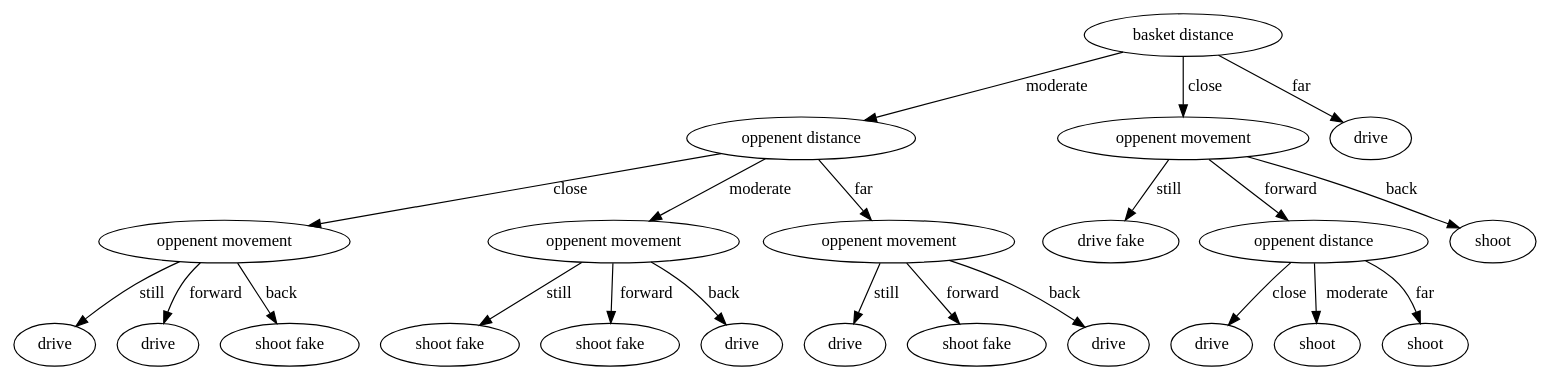
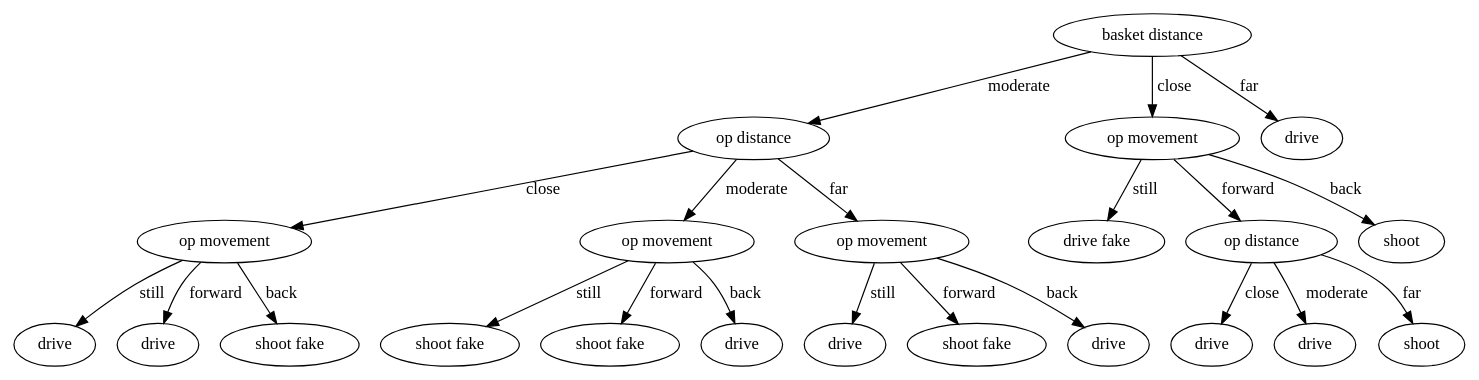
One commit to DreamAndDead/decision-trees-example changed the diagram in tree.gv. Above: the diagram before and after it, drawn with Graphviz. The commit also changed 8 other files, not shown here.

```diff
--- a/tree.gv
+++ b/tree.gv
@@ -1,45 +1,45 @@
 digraph tree {
 	0 [label="basket distance"]
-	1 [label="oppenent distance"]
-	2 [label="oppenent movement"]
+	1 [label="op distance"]
+	2 [label="op movement"]
 	3 [label=drive]
 	2 -> 3 [label=still]
 	4 [label=drive]
 	2 -> 4 [label=forward]
 	5 [label="shoot fake"]
 	2 -> 5 [label=back]
 	1 -> 2 [label=close]
-	6 [label="oppenent movement"]
+	6 [label="op movement"]
 	7 [label="shoot fake"]
 	6 -> 7 [label=still]
 	8 [label="shoot fake"]
 	6 -> 8 [label=forward]
 	9 [label=drive]
 	6 -> 9 [label=back]
 	1 -> 6 [label=moderate]
-	10 [label="oppenent movement"]
+	10 [label="op movement"]
 	11 [label=drive]
 	10 -> 11 [label=still]
 	12 [label="shoot fake"]
 	10 -> 12 [label=forward]
 	13 [label=drive]
 	10 -> 13 [label=back]
 	1 -> 10 [label=far]
 	0 -> 1 [label=moderate]
-	14 [label="oppenent movement"]
+	14 [label="op movement"]
 	15 [label="drive fake"]
 	14 -> 15 [label=still]
-	16 [label="oppenent distance"]
+	16 [label="op distance"]
 	17 [label=drive]
 	16 -> 17 [label=close]
-	18 [label=shoot]
+	18 [label=drive]
 	16 -> 18 [label=moderate]
 	19 [label=shoot]
 	16 -> 19 [label=far]
 	14 -> 16 [label=forward]
 	20 [label=shoot]
 	14 -> 20 [label=back]
 	0 -> 14 [label=close]
 	21 [label=drive]
 	0 -> 21 [label=far]
 }
```
